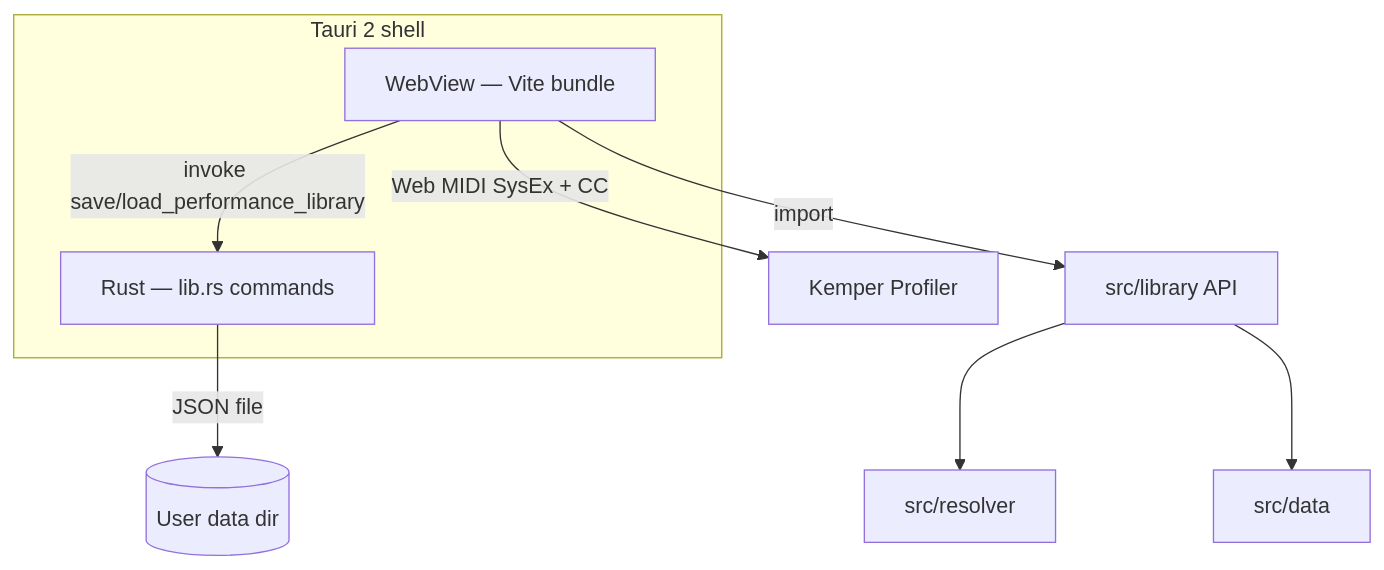
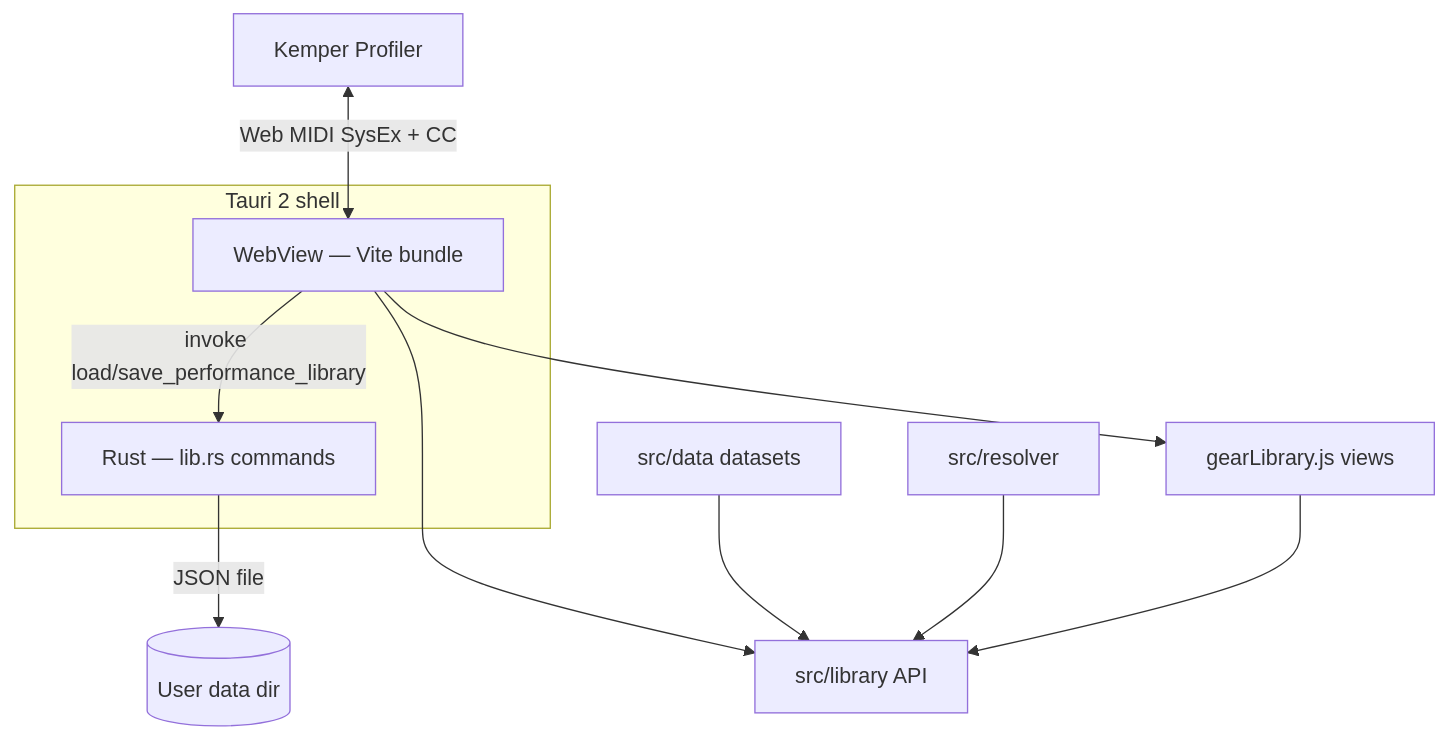
Before and after one commit to edmei014/Kempanion: the first of 2 diagrams in docs/ARCHITECTURE.md, drawn with Mermaid. The commit also changed other lines of this file and 6 other files, not shown here.

````diff
--- a/docs/ARCHITECTURE.md
+++ b/docs/ARCHITECTURE.md
@@ -13,14 +13,20 @@
 ```mermaid
 flowchart TB
   subgraph desktop [Tauri 2 shell]
     webview[WebView — Vite bundle]
     rust[Rust — lib.rs commands]
   end
   kemper[Kemper Profiler]
-  webview -->|Web MIDI SysEx + CC| kemper
-  webview -->|invoke save/load_performance_library| rust
+  data[src/data datasets]
+  resolver[src/resolver]
+  library[src/library API]
+
+  kemper <-->|Web MIDI SysEx + CC| webview
+  webview -->|invoke load/save_performance_library| rust
   rust -->|JSON file| disk[(User data dir)]
-  webview -->|import| library[src/library API]
-  library --> resolver[src/resolver]
-  library --> data[src/data]
+  data --> library
+  resolver --> library
+  webview --> library
+  webview --> gearUI[gearLibrary.js views]
+  gearUI --> library
 ```
````
